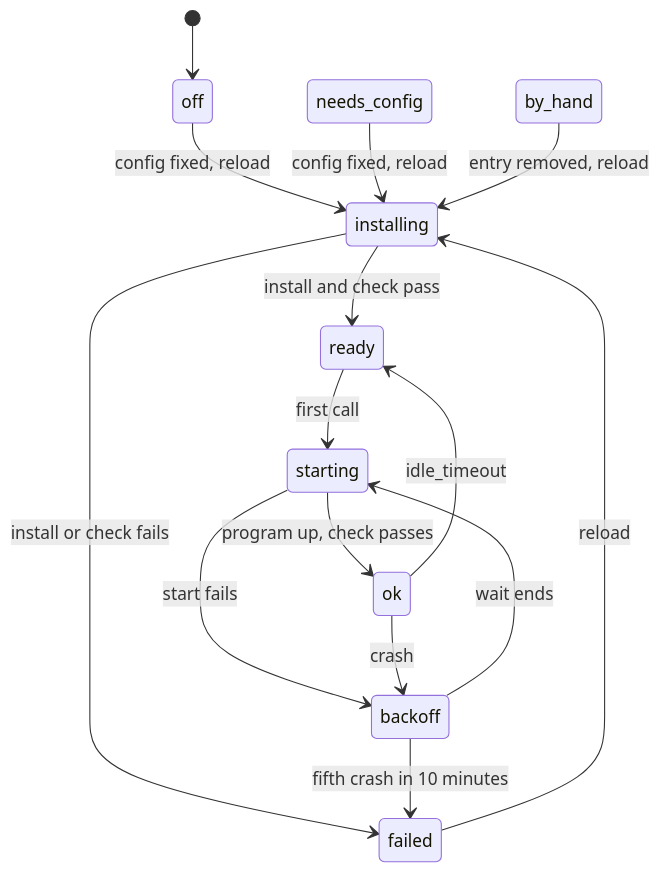
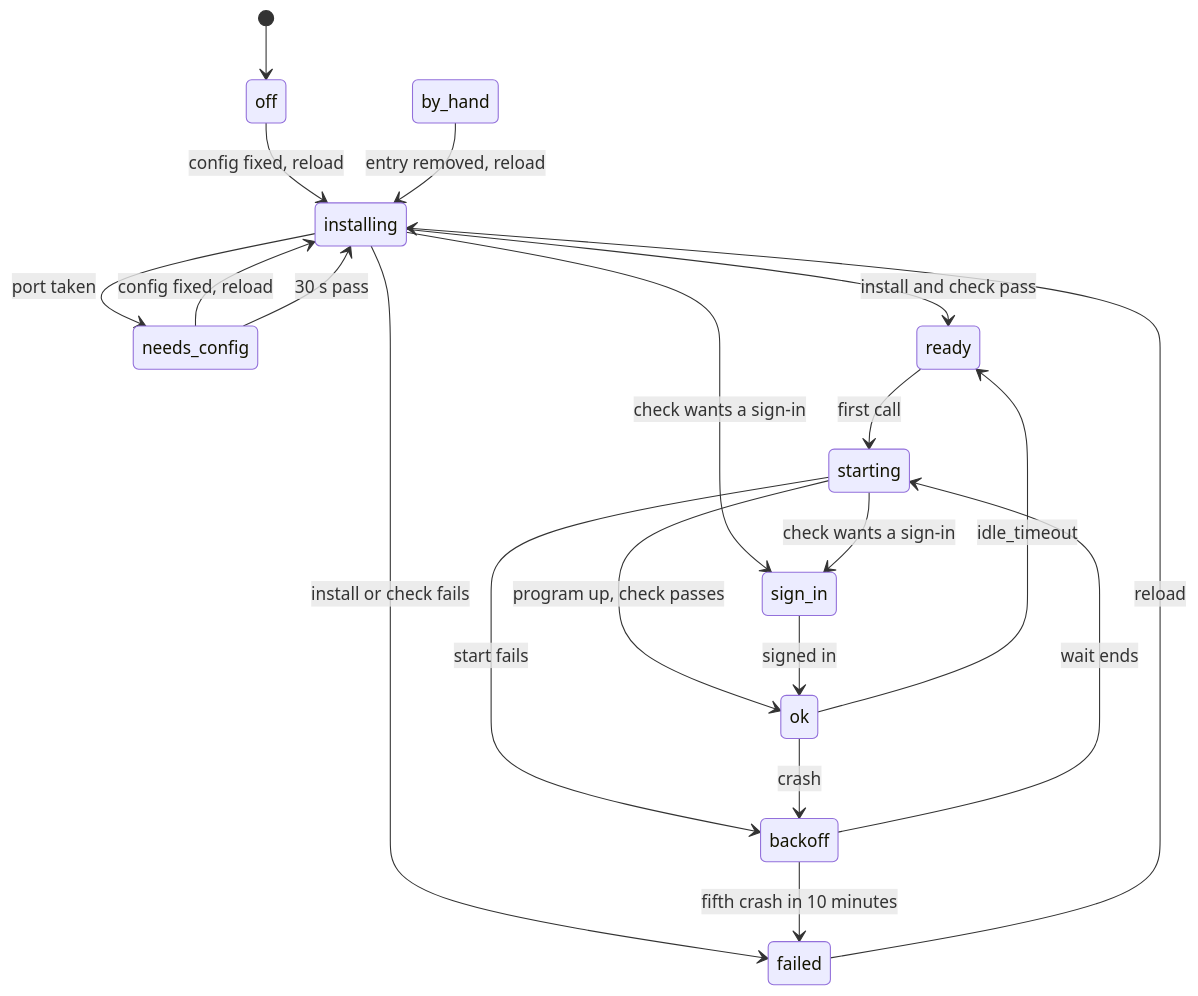
The second of 2 diagrams in docs/coding-notes/connectors.md (aarora79/meru), drawn with Mermaid before and after one commit. The commit also changed other lines of this file and 62 other files, not shown here.

````diff
--- a/docs/coding-notes/connectors.md
+++ b/docs/coding-notes/connectors.md
@@ -421,17 +490,22 @@
 ```mermaid
 stateDiagram-v2
     [*] --> off
     off --> installing: config fixed, reload
     needs_config --> installing: config fixed, reload
     by_hand --> installing: entry removed, reload
     installing --> ready: install and check pass
     installing --> failed: install or check fails
     ready --> starting: first call
     starting --> ok: program up, check passes
     starting --> backoff: start fails
     ok --> backoff: crash
     backoff --> starting: wait ends
     backoff --> failed: fifth crash in 10 minutes
     ok --> ready: idle_timeout
     failed --> installing: reload
+    installing --> sign_in: check wants a sign-in
+    starting --> sign_in: check wants a sign-in
+    sign_in --> ok: signed in
+    installing --> needs_config: port taken
+    needs_config --> installing: 30 s pass
 ```
````
